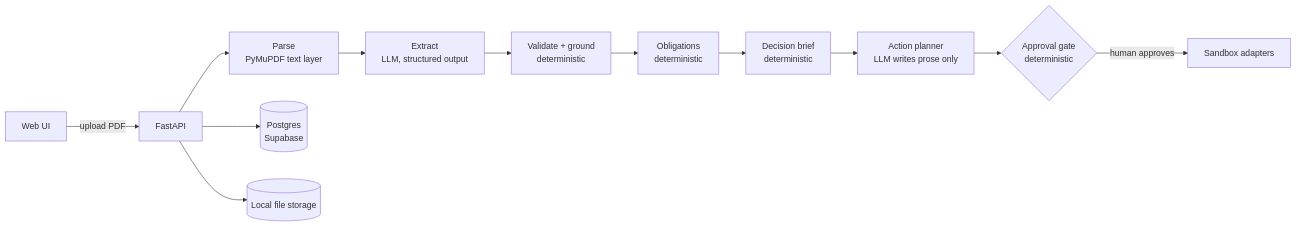
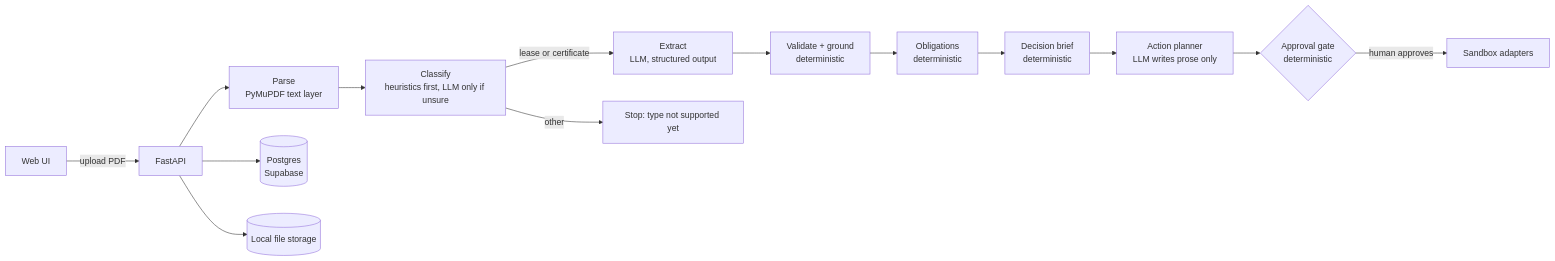
The diagram in README.md (AmaanIlahi/Paperbound), drawn with Mermaid before and after one commit. The commit also changed other lines of this file and 37 other files, not shown here.

````diff
--- a/README.md
+++ b/README.md
@@ -22,14 +28,16 @@
 ```mermaid
 flowchart LR
   UI[Web UI] -->|upload PDF| API[FastAPI]
   API --> P[Parse<br/>PyMuPDF text layer]
-  P --> X[Extract<br/>LLM, structured output]
+  P --> C[Classify<br/>heuristics first, LLM only if unsure]
+  C -->|lease or certificate| X[Extract<br/>LLM, structured output]
+  C -->|other| STOP[Stop: type not supported yet]
   X --> V[Validate + ground<br/>deterministic]
   V --> O[Obligations<br/>deterministic]
   O --> I[Decision brief<br/>deterministic]
   I --> PL[Action planner<br/>LLM writes prose only]
   PL --> G{Approval gate<br/>deterministic}
   G -->|human approves| AD[Sandbox adapters]
   API --> DB[(Postgres<br/>Supabase)]
   API --> S[(Local file storage)]
 ```
````
